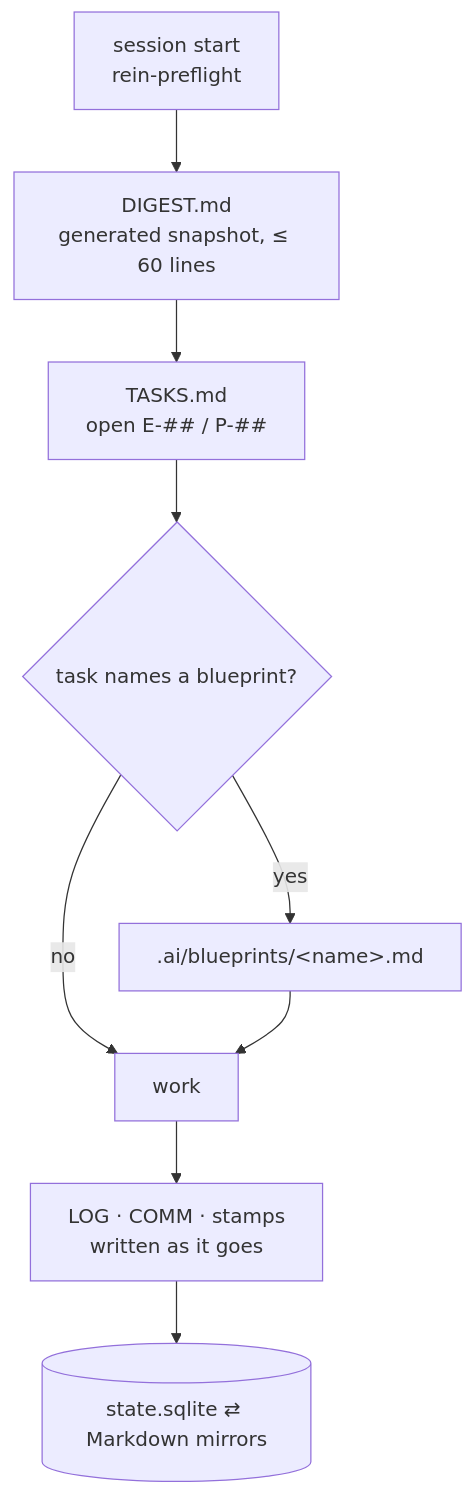
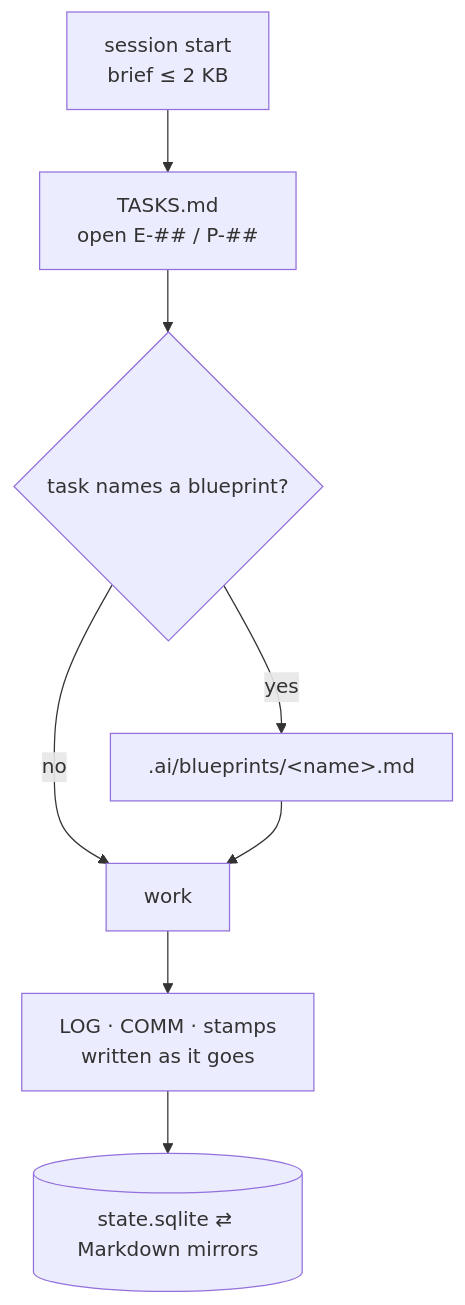
The second of 3 diagrams in docs/how-it-works.md (Vimurai/rein), drawn with Mermaid before and after one commit. The commit also changed other lines of this file and 61 other files, not shown here.

First line of the commit message:
[TIER_2] feat(session): E-460 one brief of at most 2 KB at session start; 2 KB rulefiles; rein-preflight removed

````diff
--- a/docs/how-it-works.md
+++ b/docs/how-it-works.md
@@ -74,11 +74,10 @@
 ```mermaid
 flowchart TD
-    S["session start<br/>rein-preflight"] --> D["DIGEST.md<br/>generated snapshot, ≤ 60 lines"]
-    D --> T["TASKS.md<br/>open E-## / P-##"]
+    S["session start<br/>brief ≤ 2 KB"] --> T["TASKS.md<br/>open E-## / P-##"]
     T --> B{"task names a blueprint?"}
     B -->|yes| BP[".ai/blueprints/&lt;name&gt;.md"]
     B -->|no| W["work"]
     BP --> W
     W --> L["LOG · COMM · stamps<br/>written as it goes"]
     L --> M[("state.sqlite ⇄ Markdown mirrors")]
 ```
````
